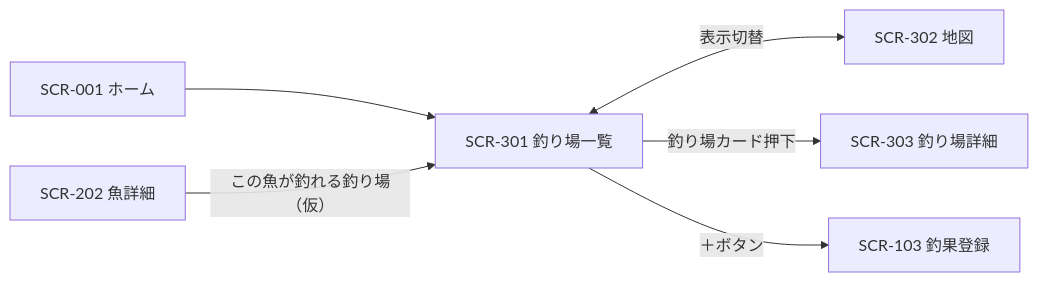
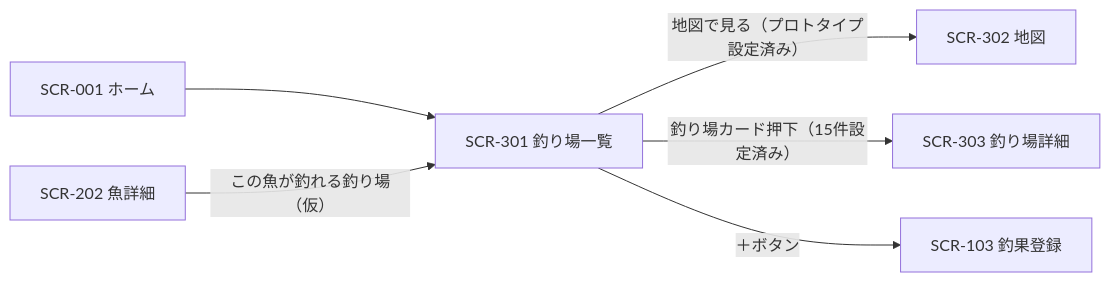
One commit to SerioFishingMap/SerioFishingMap changed the diagram in 設計/画面/SCR-301-spot-list.md. Above: the diagram before and after it, drawn with Mermaid. The commit also changed other lines of this file, not shown here.

Commit message:
SCR-301 釣り場一覧画面の設計書を更新し、Figma フレーム URL を修正。画面概要とレイアウトの説明を明確化し、ナビゲーションの遷移先を整理。

````diff
--- a/設計/画面/SCR-301-spot-list.md
+++ b/設計/画面/SCR-301-spot-list.md
@@ -107,8 +96,8 @@
 ```mermaid
 flowchart LR
     SCR_001["SCR-001 ホーム"] --> SCR_301["SCR-301 釣り場一覧"]
     SCR_202["SCR-202 魚詳細"] -->|"この魚が釣れる釣り場（仮）"| SCR_301
-    SCR_301 <-->|"表示切替"| SCR_302["SCR-302 地図"]
-    SCR_301 -->|"釣り場カード押下"| SCR_303["SCR-303 釣り場詳細"]
+    SCR_301 -->|"地図で見る（プロトタイプ設定済み）"| SCR_302["SCR-302 地図"]
+    SCR_301 -->|"釣り場カード押下（15件設定済み）"| SCR_303["SCR-303 釣り場詳細"]
     SCR_301 -->|"＋ボタン"| SCR_103["SCR-103 釣果登録"]
 ```
````
